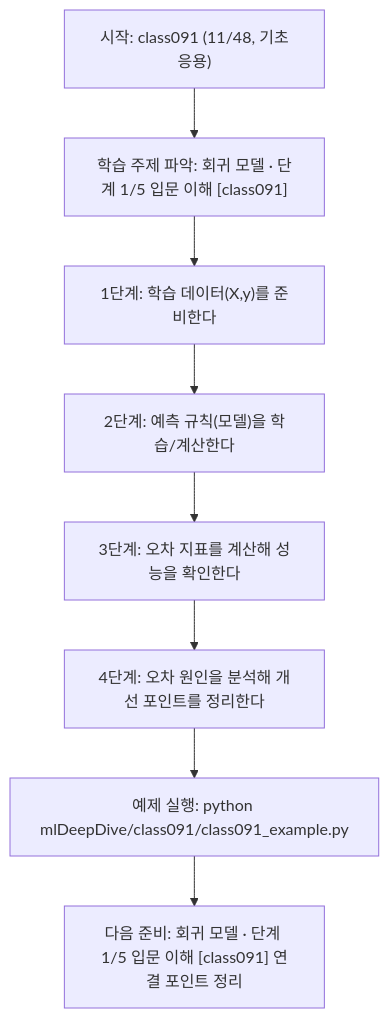
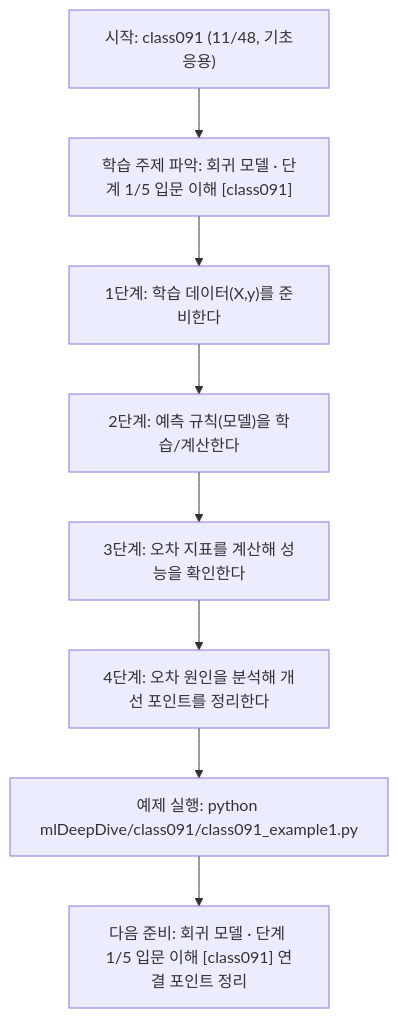
The diagram in mlDeepDive/class091/class091.md (edumgt/Python-AI_Agent-Class), drawn with Mermaid before and after one commit. The commit also changed other lines of this file and 2959 other files, not shown here.

````diff
--- a/mlDeepDive/class091/class091.md
+++ b/mlDeepDive/class091/class091.md
@@ -109,18 +109,18 @@
 ```mermaid
 flowchart TD
 N1["시작: class091 (11/48, 기초응용)"]
 N2["학습 주제 파악: 회귀 모델 · 단계 1/5 입문 이해 [class091]"]
 N3["1단계: 학습 데이터(X,y)를 준비한다"]
 N4["2단계: 예측 규칙(모델)을 학습/계산한다"]
 N5["3단계: 오차 지표를 계산해 성능을 확인한다"]
 N6["4단계: 오차 원인을 분석해 개선 포인트를 정리한다"]
-N7["예제 실행: python mlDeepDive/class091/class091_example.py"]
+N7["예제 실행: python mlDeepDive/class091/class091_example1.py"]
 N8["다음 준비: 회귀 모델 · 단계 1/5 입문 이해 [class091] 연결 포인트 정리"]
 N1 --> N2
 N2 --> N3
 N3 --> N4
 N4 --> N5
 N5 --> N6
 N6 --> N7
 N7 --> N8
 ```
````
